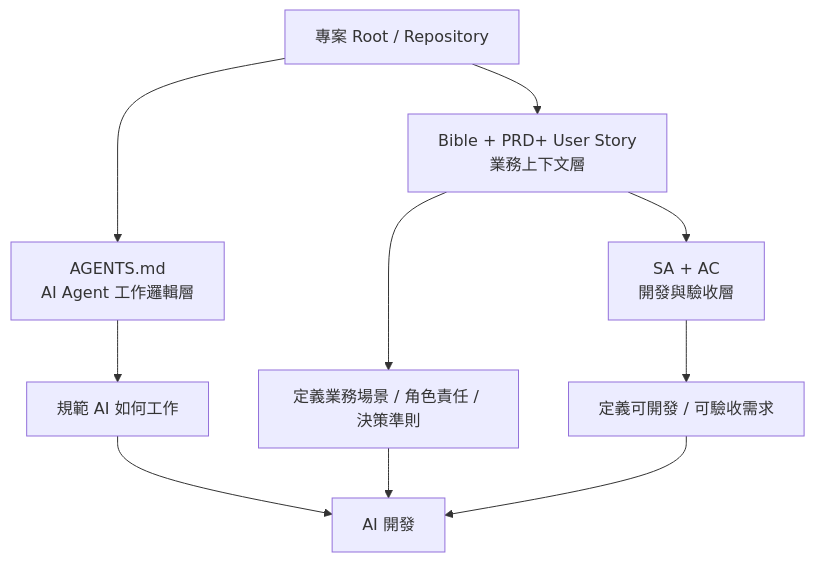
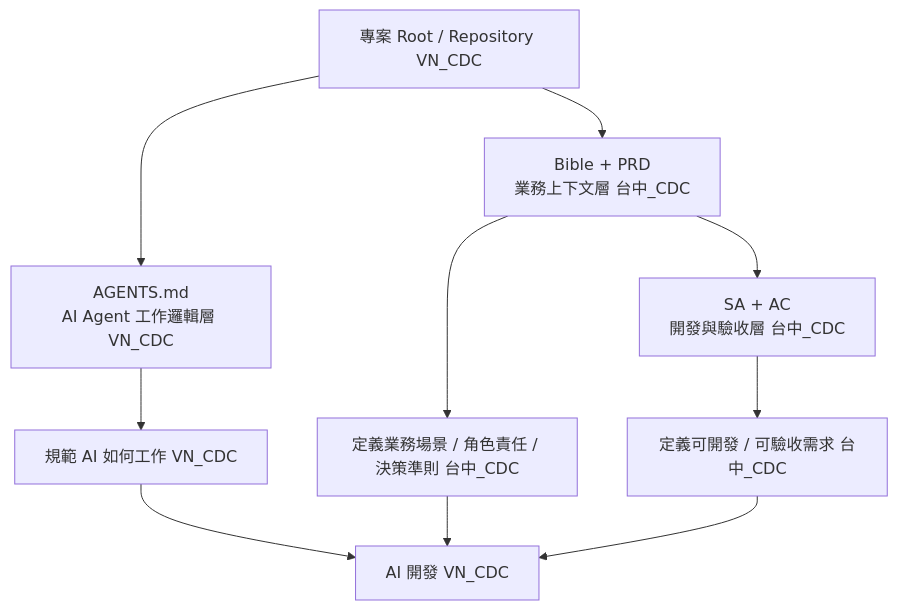
Before and after one commit to Gary-GaGa/legacy-codebase: the third of 3 diagrams in docs/specs/bible/bible-eproposal.md, drawn with Mermaid. The commit also changed other lines of this file and 3 other files, not shown here.

````diff
--- a/docs/specs/bible/bible-eproposal.md
+++ b/docs/specs/bible/bible-eproposal.md
@@ -478,14 +832,14 @@
 ```mermaid
 flowchart TD
-    A[專案 Root / Repository] --> B[AGENTS.md<br/>AI Agent 工作邏輯層]
-    A --> C[Bible + PRD+ User Story  <br/>業務上下文層]
-    C --> D[SA + AC<br/>開發與驗收層]
+    A[專案 Root / Repository VN_CDC] --> B[AGENTS.md<br/>AI Agent 工作邏輯層 VN_CDC]
+    A --> C[Bible + PRD <br/>業務上下文層 台中_CDC]
+    C --> D[SA + AC <br/>開發與驗收層 台中_CDC]
 
-    B --> E[規範 AI 如何工作]
-    C --> F[定義業務場景 / 角色責任 / 決策準則]
-    D --> G[定義可開發 / 可驗收需求]
+    B --> E[規範 AI 如何工作 VN_CDC]
+    C --> F[定義業務場景 / 角色責任 / 決策準則 台中_CDC]
+    D --> G[定義可開發 / 可驗收需求 台中_CDC ]
 
-    E --> H[AI 開發]
+    E --> H[AI 開發 VN_CDC]
     F --> H
     G --> H
 ```
````
